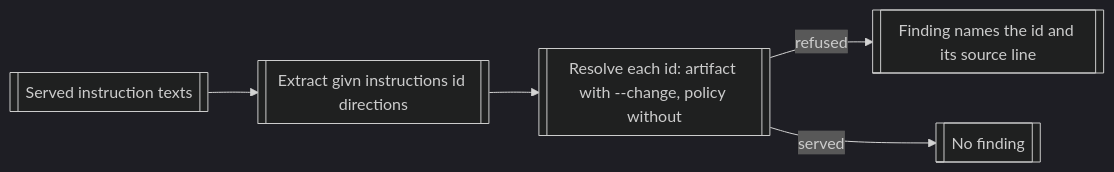
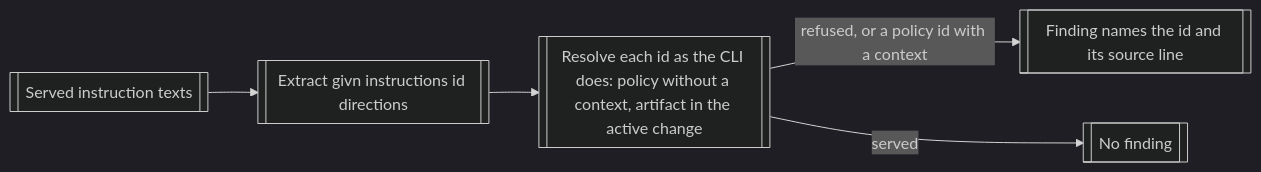
One commit to buster/givn changed the diagram in givn/changes/split-stack-instructions/design.md. Above: the diagram before and after it, drawn with Mermaid (dark theme). The commit also changed other lines of this file and 7 other files, not shown here.

First line of the commit message:
fix(spec): narrow the instruction-reference context rule to policy ids carrying a change context

````diff
--- a/givn/changes/split-stack-instructions/design.md
+++ b/givn/changes/split-stack-instructions/design.md
@@ -102,7 +103,7 @@
 ```mermaid
 flowchart LR
   Texts[[Served instruction texts]] --> Extract[[Extract givn instructions id directions]]
-  Extract --> Resolve[[Resolve each id: artifact with --change, policy without]]
-  Resolve -->|refused| Finding[[Finding names the id and its source line]]
+  Extract --> Resolve[[Resolve each id as the CLI does: policy without a context, artifact in the active change]]
+  Resolve -->|refused, or a policy id with a context| Finding[[Finding names the id and its source line]]
   Resolve -->|served| Clean[[No finding]]
 ```
````
